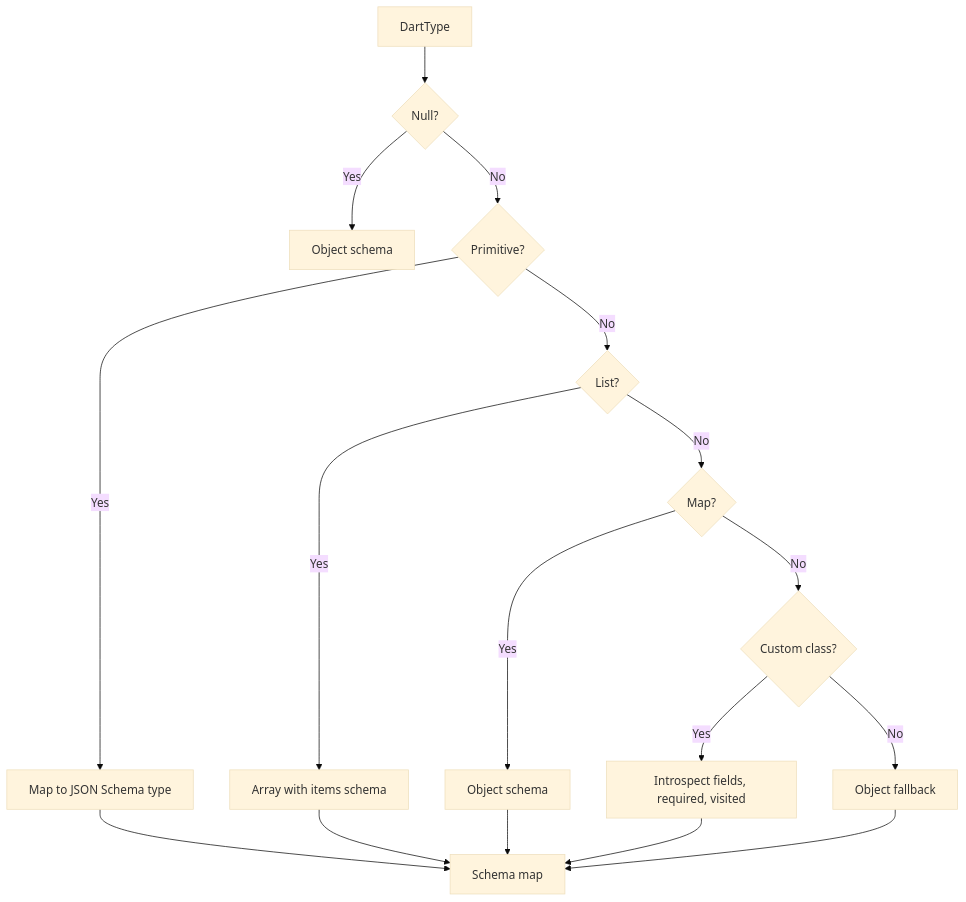
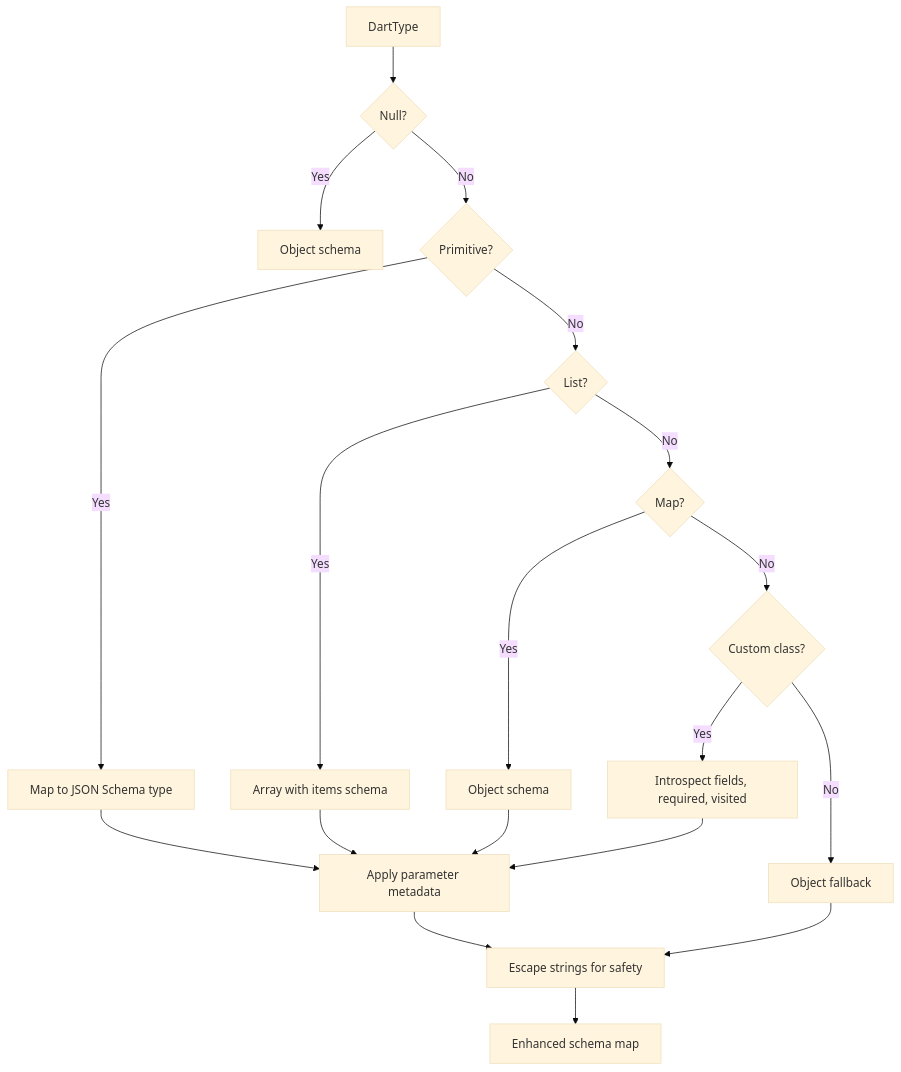
One commit to cdavis-code/easy_mcp_workspace changed the seventh of 9 diagrams in .qoder/repowiki/en/content/Core Concepts/Code Generation Workflow.md. Above: the diagram before and after it, drawn with Mermaid (base theme). The commit also changed other lines of this file and 4 other files, not shown here.

````diff
--- a/.qoder/repowiki/en/content/Core Concepts/Code Generation Workflow.md
+++ b/.qoder/repowiki/en/content/Core Concepts/Code Generation Workflow.md
@@ -261,19 +291,21 @@
 ```mermaid
 flowchart TD
 T["DartType"] --> Null{"Null?"}
 Null --> |Yes| Obj["Object schema"]
 Null --> |No| Prim{"Primitive?"}
 Prim --> |Yes| PrimType["Map to JSON Schema type"]
 Prim --> |No| List{"List<T>?"}
 List --> |Yes| Arr["Array with items schema"]
 List --> |No| Map{"Map<K,V>?"}
 Map --> |Yes| Obj2["Object schema"]
 Map --> |No| Custom{"Custom class?"}
 Custom --> |Yes| Introspect["Introspect fields, required, visited"]
 Custom --> |No| Fallback["Object fallback"]
-PrimType --> Done["Schema map"]
-Arr --> Done
-Obj2 --> Done
-Introspect --> Done
-Fallback --> Done
+PrimType --> Meta["Apply parameter metadata"]
+Arr --> Meta
+Obj2 --> Meta
+Introspect --> Meta
+Meta --> Escape["Escape strings for safety"]
+Escape --> Done["Enhanced schema map"]
+Fallback --> Escape
 ```
````
